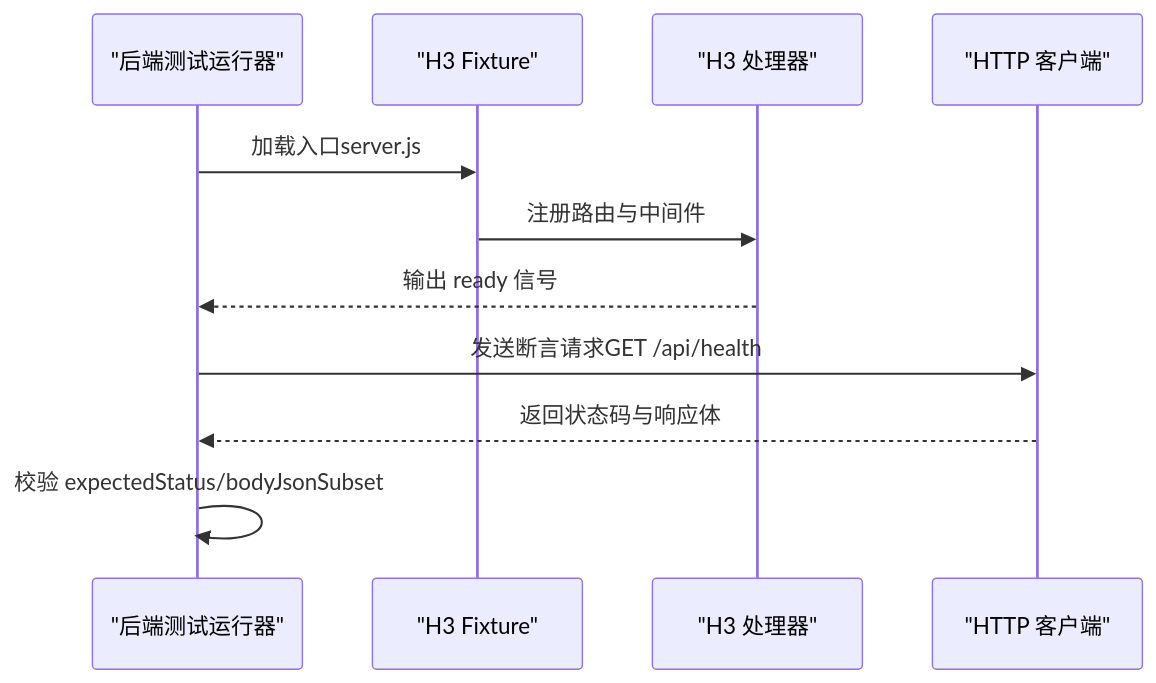
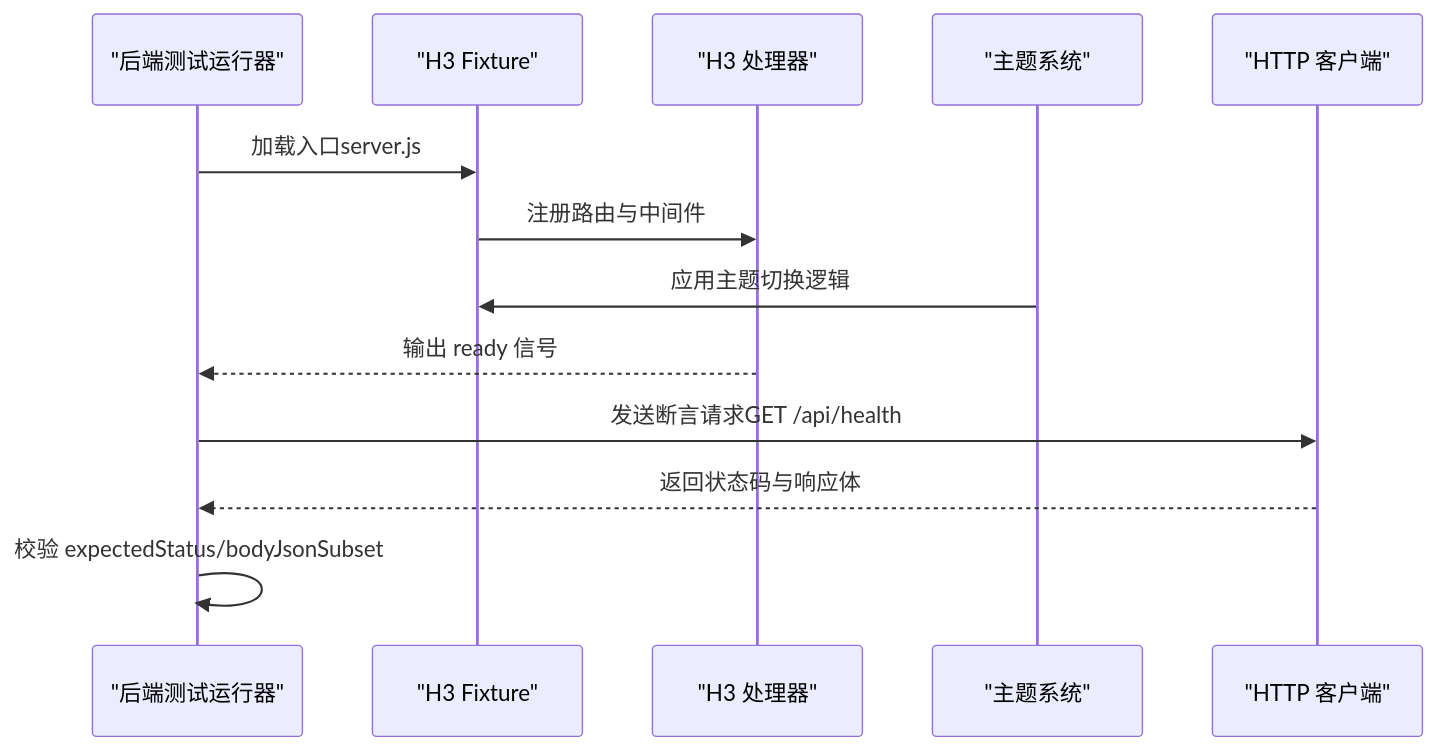
One commit to esa-sp/test-for-aone-ci changed the sixth of 12 diagrams in .qoder/repowiki/zh/content/后端框架测试/后端框架测试.md. Above: the diagram before and after it, drawn with Mermaid. The commit also changed other lines of this file and 7 other files, not shown here.

````diff
--- a/.qoder/repowiki/zh/content/后端框架测试/后端框架测试.md
+++ b/.qoder/repowiki/zh/content/后端框架测试/后端框架测试.md
@@ -292,13 +319,15 @@
 ```mermaid
 sequenceDiagram
 participant Runner as "后端测试运行器"
 participant Fixture as "H3 Fixture"
 participant Handler as "H3 处理器"
+participant Theme as "主题系统"
 participant HTTP as "HTTP 客户端"
 Runner->>Fixture : 加载入口server.js
 Fixture->>Handler : 注册路由与中间件
+Theme->>Fixture : 应用主题切换逻辑
 Handler-->>Runner : 输出 ready 信号
 Runner->>HTTP : 发送断言请求GET /api/health
 HTTP-->>Runner : 返回状态码与响应体
 Runner->>Runner : 校验 expectedStatus/bodyJsonSubset
 ```
````
